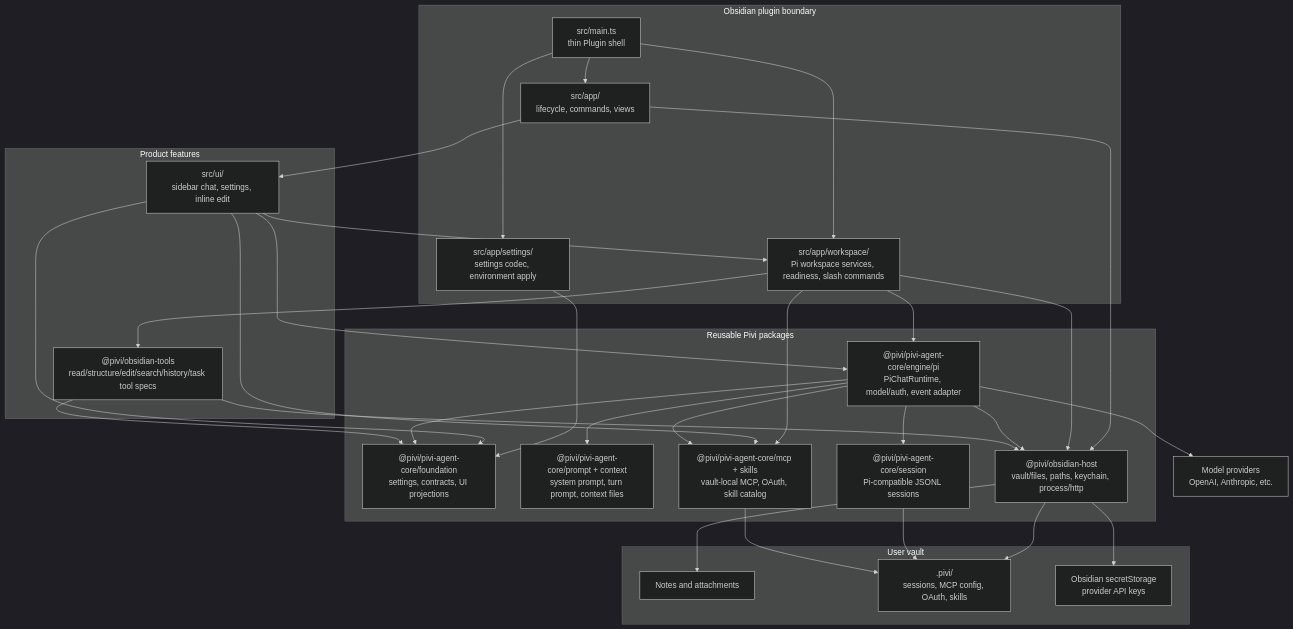
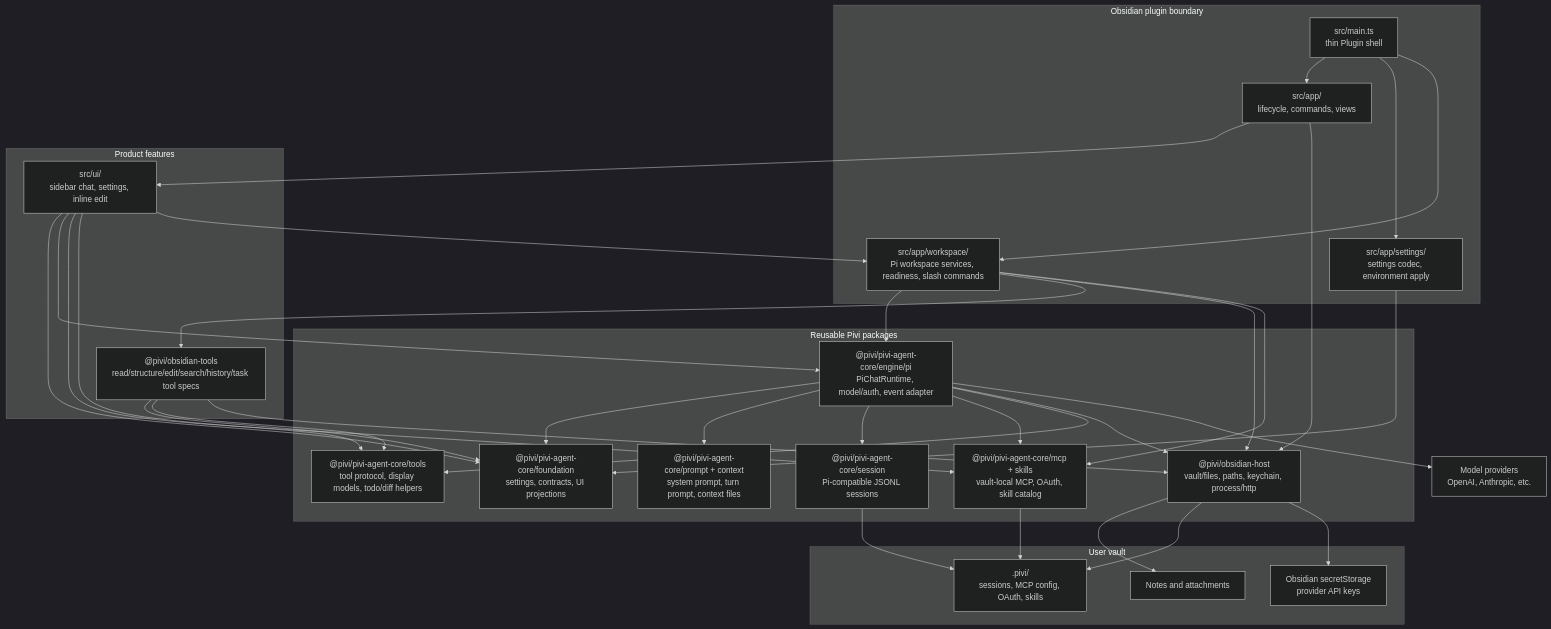
One commit to shuuul/obsidian-pivi changed the diagram in README.md. Above: the diagram before and after it, drawn with Mermaid (dark theme). The commit also changed other lines of this file and 39 other files, not shown here.

````diff
--- a/README.md
+++ b/README.md
@@ -68,64 +68,68 @@
 ```mermaid
 flowchart TB
   subgraph obsidian["Obsidian plugin boundary"]
     host["src/main.ts<br/>thin Plugin shell"]
     appLifecycle["src/app/<br/>lifecycle, commands, views"]
     appSettings["src/app/settings/<br/>settings codec, environment apply"]
     appWorkspace["src/app/workspace/<br/>Pi workspace services, readiness, slash commands"]
   end
 
   subgraph product["Product features"]
     ui["src/ui/<br/>sidebar chat, settings, inline edit"]
     tools["@pivi/obsidian-tools<br/>read/structure/edit/search/history/task tool specs"]
   end
 
   subgraph core["Reusable Pivi packages"]
     foundation["@pivi/pivi-agent-core/foundation<br/>settings, contracts, UI projections"]
     prompt["@pivi/pivi-agent-core/prompt + context<br/>system prompt, turn prompt, context files"]
     session["@pivi/pivi-agent-core/session<br/>Pi-compatible JSONL sessions"]
     mcp["@pivi/pivi-agent-core/mcp + skills<br/>vault-local MCP, OAuth, skill catalog"]
     pi["@pivi/pivi-agent-core/engine/pi<br/>PiChatRuntime, model/auth, event adapter"]
+    coreTools["@pivi/pivi-agent-core/tools<br/>tool protocol, display models, todo/diff helpers"]
     hostPkg["@pivi/obsidian-host<br/>vault/files, paths, keychain, process/http"]
   end
 
   subgraph vault["User vault"]
     notes["Notes and attachments"]
     piviDir[".pivi/<br/>sessions, MCP config, OAuth, skills"]
     secrets["Obsidian secretStorage<br/>provider API keys"]
   end
 
   providers["Model providers<br/>OpenAI, Anthropic, etc."]
 
   host --> appLifecycle
   host --> appSettings
   host --> appWorkspace
 
   appLifecycle --> ui
   appLifecycle --> hostPkg
   appSettings --> foundation
   appWorkspace --> pi
   appWorkspace --> tools
   appWorkspace --> hostPkg
   appWorkspace --> mcp
 
   ui --> foundation
   ui --> pi
   ui --> mcp
+  ui --> coreTools
   ui --> appWorkspace
 
   pi --> foundation
   pi --> prompt
   pi --> session
   pi --> mcp
+  pi --> coreTools
   pi --> hostPkg
   pi --> providers
 
   tools --> foundation
+  tools --> coreTools
   tools --> hostPkg
 
   hostPkg --> notes
   hostPkg --> piviDir
   hostPkg --> secrets
   session --> piviDir
   mcp --> piviDir
 ```
````
